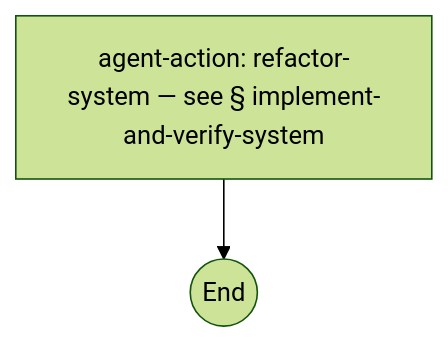
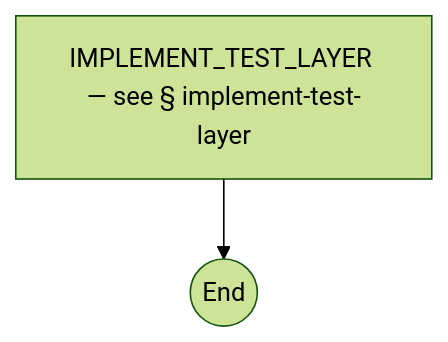
One commit to optivem/gh-optivem changed diagram 17 of 51 in docs/process-diagram.md. Above: the diagram before and after it, drawn with Mermaid (forest theme). The commit also changed other lines of this file and 13 other files, not shown here.

````diff
--- a/docs/process-diagram.md
+++ b/docs/process-diagram.md
@@ -616,7 +289,7 @@
 ```mermaid
 flowchart TD
-    IMPLEMENT_AND_VERIFY_SYSTEM[agent-action: refactor-system — see § implement-and-verify-system]
-    RSS_END((End))
+    IMPLEMENT_TEST_LAYER[IMPLEMENT_TEST_LAYER — see § implement-test-layer]
+    IMPL_DSL_END((End))
 
-    IMPLEMENT_AND_VERIFY_SYSTEM --> RSS_END
+    IMPLEMENT_TEST_LAYER --> IMPL_DSL_END
 ```
````
